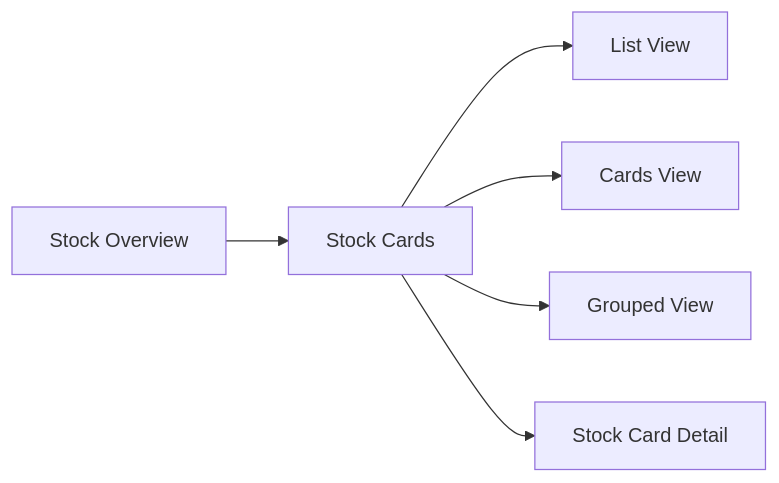
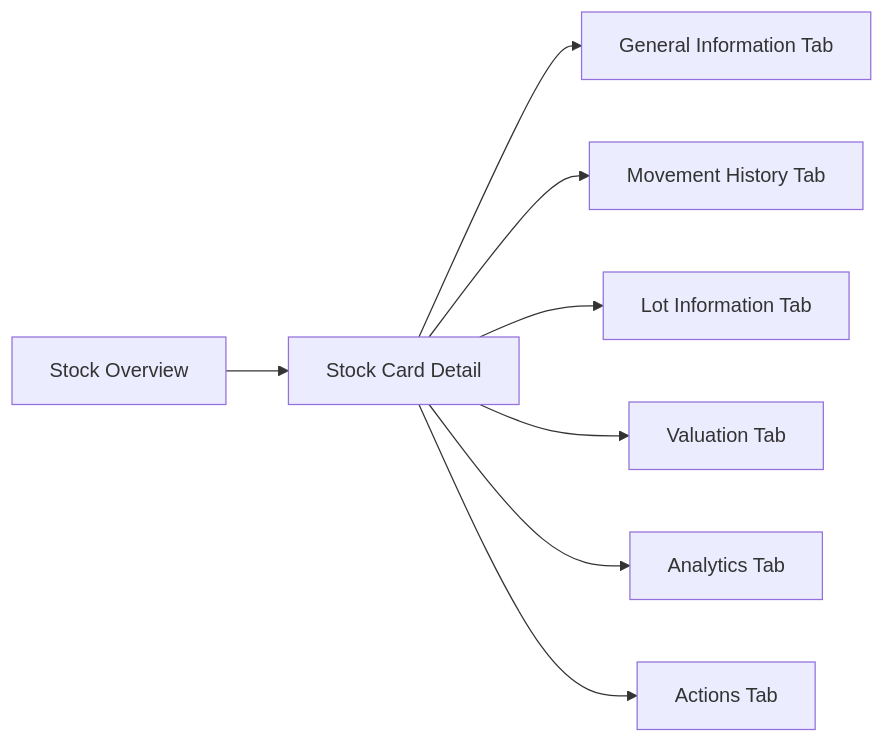
One commit to PeakMNA/carmen changed the second of 3 diagrams in docs/app/inventory-management/stock-overview/stock-cards/TS-stock-cards.md. Above: the diagram before and after it, drawn with Mermaid. The commit also changed other lines of this file and 473 other files, not shown here.

````diff
--- a/docs/app/inventory-management/stock-overview/stock-cards/TS-stock-cards.md
+++ b/docs/app/inventory-management/stock-overview/stock-cards/TS-stock-cards.md
@@ -52,8 +63,10 @@
 ```mermaid
 graph LR
-    A[Stock Overview] --> B[Stock Cards]
-    B --> C[List View]
-    B --> D[Cards View]
-    B --> E[Grouped View]
-    B --> F[Stock Card Detail]
+    A[Stock Overview] --> B[Stock Card Detail]
+    B --> C[General Information Tab]
+    B --> D[Movement History Tab]
+    B --> E[Lot Information Tab]
+    B --> F[Valuation Tab]
+    B --> G[Analytics Tab]
+    B --> H[Actions Tab]
 ```
````
